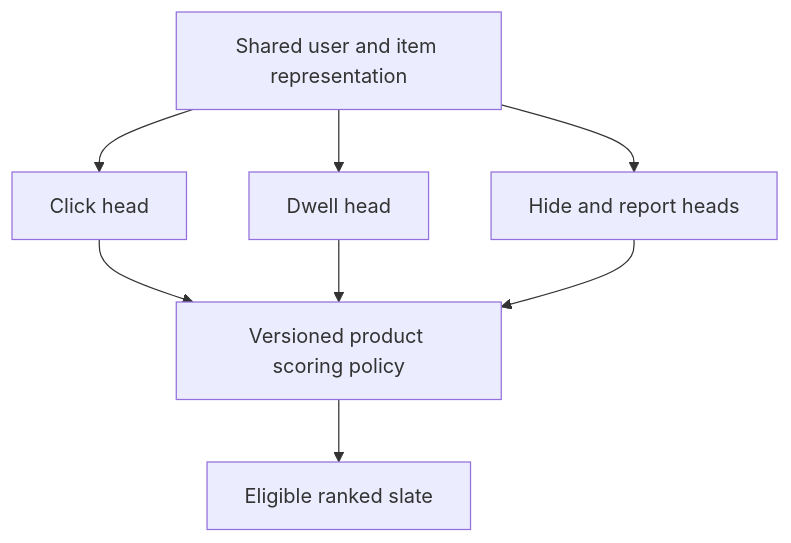
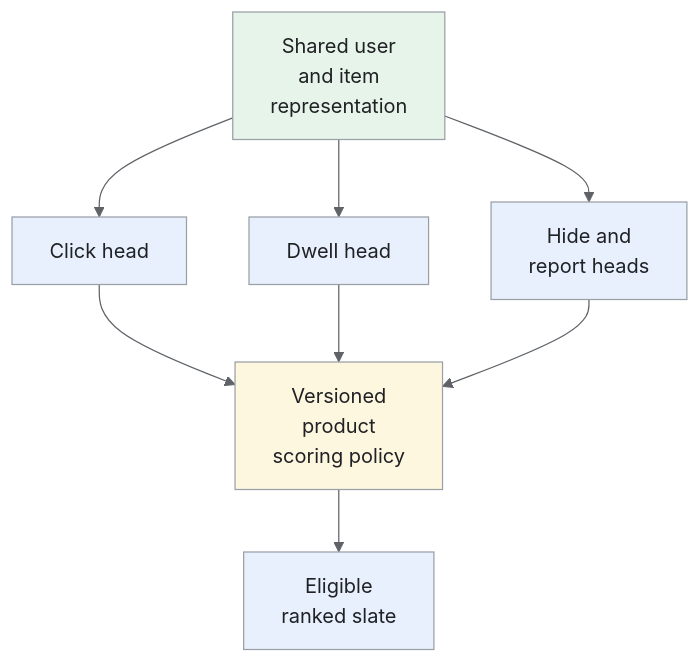
One commit to iliazlobin/iliazlobin.github.io changed the fifth of 7 diagrams in _designs/news-feed-ranking.md. Above: the diagram before and after it, drawn with Mermaid. The commit also changed other lines of this file and 131 other files, not shown here.

````diff
--- a/_designs/news-feed-ranking.md
+++ b/_designs/news-feed-ranking.md
@@ -227,10 +303,18 @@
 ```mermaid
+%%{init: {'theme':'base','themeVariables':{'primaryColor':'#e8f0fe','primaryTextColor':'#202124','primaryBorderColor':'#9aa0a6','lineColor':'#5f6368','secondaryColor':'#e6f4ea','tertiaryColor':'#fef7e0','actorBkg':'#e8f0fe','actorBorder':'#9aa0a6','actorTextColor':'#202124','noteBkgColor':'#fef7e0','noteTextColor':'#202124','noteBorderColor':'#9aa0a6','signalColor':'#5f6368','signalTextColor':'#202124','labelBoxBkgColor':'#fef7e0','labelBoxBorderColor':'#9aa0a6'}}}%%
 flowchart TB
-    F["Shared user and item representation"] --> C["Click head"]
+    F["Shared user<br>and item<br>representation"] --> C["Click head"]
     F --> D["Dwell head"]
-    F --> H["Hide and report heads"]
-    C --> P["Versioned product scoring policy"]
+    F --> H["Hide and<br>report heads"]
+    C --> P["Versioned<br>product<br>scoring policy"]
     D --> P
     H --> P
-    P --> R["Eligible ranked slate"]
+    P --> R["Eligible<br>ranked slate"]
+classDef request fill:#e8f0fe,stroke:#9aa0a6,color:#202124;
+classDef data fill:#e6f4ea,stroke:#9aa0a6,color:#202124;
+classDef control fill:#fef7e0,stroke:#9aa0a6,color:#202124;
+class C,D,H,R request;
+class F data;
+class P control;
+
 ```
````
